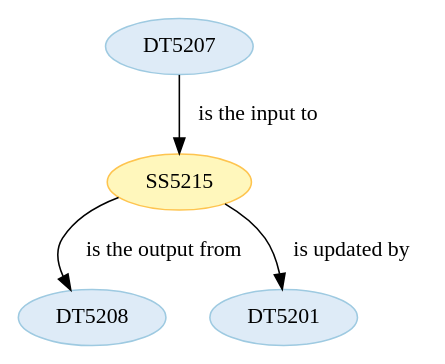
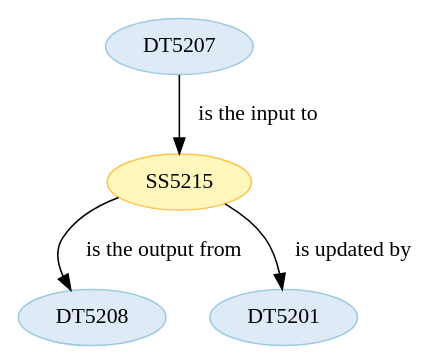
Before and after one commit to Marco-Salvi/cwl-test: the diagram in wf5201/ST520115.dot, drawn with Graphviz. The commit also changed other lines of this file and 15 other files, not shown here.

```diff
--- a/wf5201/ST520115.dot
+++ b/wf5201/ST520115.dot
@@ -1,18 +1,18 @@
 strict digraph {
 
-
-	"DT5207" [ color="2", colorscheme="blues3", fillcolor="1", style="filled",  weight=0 ];
-
-	"DT5207" -> "SS5215" [ label="is the input to", labeltooltip="DT5207 - is the input to - SS5215",  weight=0 ];
 
 	"DT5208" [ color="2", colorscheme="blues3", fillcolor="1", style="filled",  weight=0 ];
 
 	"SS5215" [ color="2", colorscheme="ylorbr3", fillcolor="1", style="filled",  weight=0 ];
 
 	"SS5215" -> "DT5201" [ label="is updated by", labeltooltip="DT5201 - is updated by - SS5215",  weight=0 ];
 
 	"SS5215" -> "DT5208" [ label="is the output from", labeltooltip="DT5208 - is the output from - SS5215",  weight=0 ];
 
 	"DT5201" [ color="2", colorscheme="blues3", fillcolor="1", style="filled",  weight=0 ];
 
+	"DT5207" [ color="2", colorscheme="blues3", fillcolor="1", style="filled",  weight=0 ];
+
+	"DT5207" -> "SS5215" [ label="is the input to", labeltooltip="DT5207 - is the input to - SS5215",  weight=0 ];
+
 }
```
